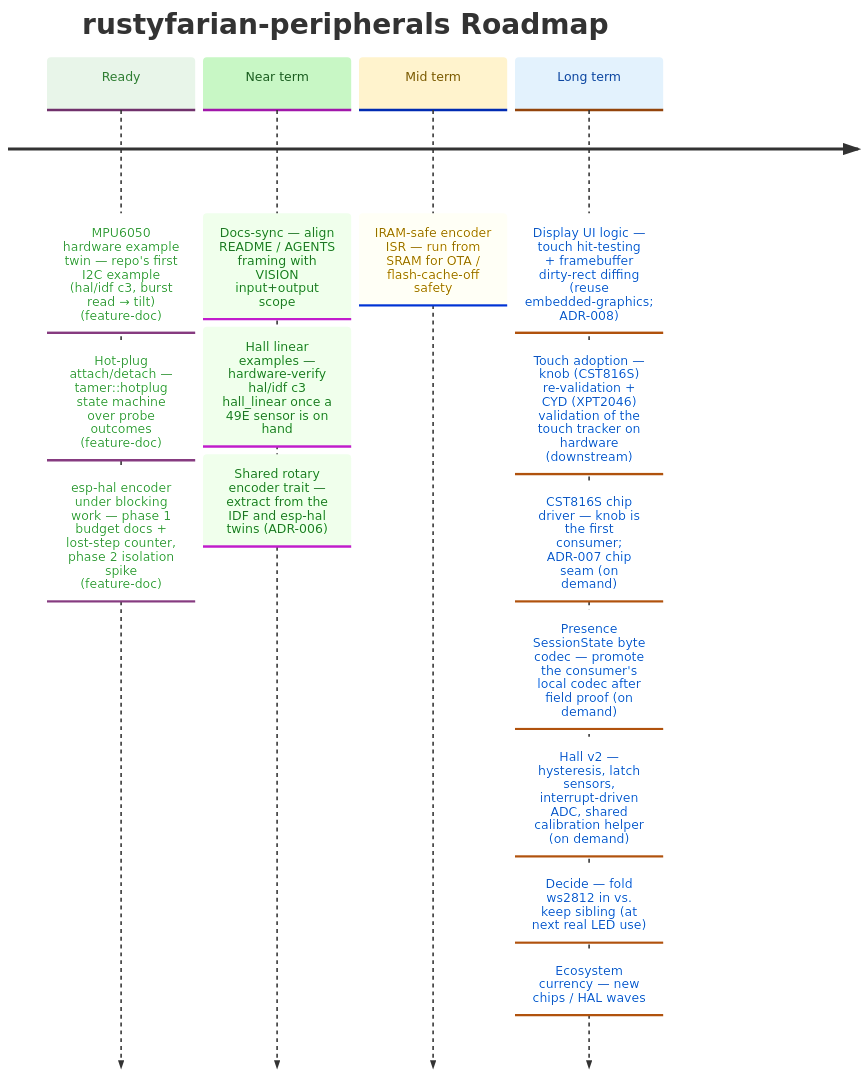
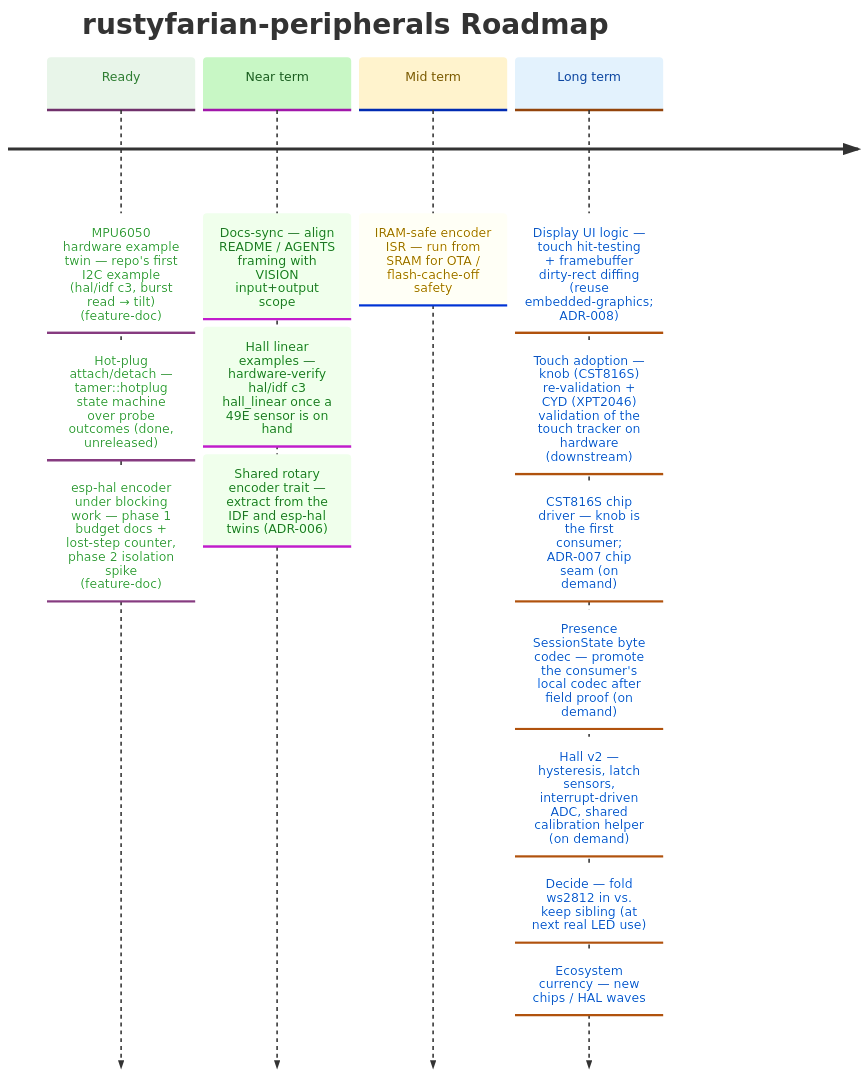
The diagram in docs/ROADMAP.md (datenkollektiv/rustyfarian-peripherals), drawn with Mermaid before and after one commit. The commit also changed 5 other files, not shown here.

Commit message:
Add tamer::hotplug attach/detach state machine

````diff
--- a/docs/ROADMAP.md
+++ b/docs/ROADMAP.md
@@ -10,36 +10,36 @@
 ```mermaid
 %%{init: {
   "theme": "base",
   "themeVariables": {
     "cScale0": "#e8f5e9",
     "cScaleLabel0": "#2e7d32",
     "cScale1": "#c8f7c5",
     "cScaleLabel1": "#1b5e20",
     "cScale2": "#fff3cd",
     "cScaleLabel2": "#7a5a00",
     "cScale3": "#e3f2fd",
     "cScaleLabel3": "#0d47a1"
   }
 }}%%
 
 timeline
     title rustyfarian-peripherals Roadmap
 
     Ready     : MPU6050 hardware example twin — repo's first I2C example (hal/idf c3, burst read → tilt) (feature-doc)
-              : Hot-plug attach/detach — tamer::hotplug state machine over probe outcomes (feature-doc)
+              : Hot-plug attach/detach — tamer::hotplug state machine over probe outcomes (done, unreleased)
               : esp-hal encoder under blocking work — phase 1 budget docs + lost-step counter, phase 2 isolation spike (feature-doc)
 
     Near term : Docs-sync — align README / AGENTS framing with VISION input+output scope
               : Hall linear examples — hardware-verify hal/idf c3 hall_linear once a 49E sensor is on hand
               : Shared rotary encoder trait — extract from the IDF and esp-hal twins (ADR-006)
 
     Mid term  : IRAM-safe encoder ISR — run from SRAM for OTA / flash-cache-off safety
 
     Long term : Display UI logic — touch hit-testing + framebuffer dirty-rect diffing (reuse embedded-graphics; ADR-008)
               : Touch adoption — knob (CST816S) re-validation + CYD (XPT2046) validation of the touch tracker on hardware (downstream)
               : CST816S chip driver — knob is the first consumer; ADR-007 chip seam (on demand)
               : Presence SessionState byte codec — promote the consumer's local codec after field proof (on demand)
               : Hall v2 — hysteresis, latch sensors, interrupt-driven ADC, shared calibration helper (on demand)
               : Decide — fold ws2812 in vs. keep sibling (at next real LED use)
               : Ecosystem currency — new chips / HAL waves
 ```
````
